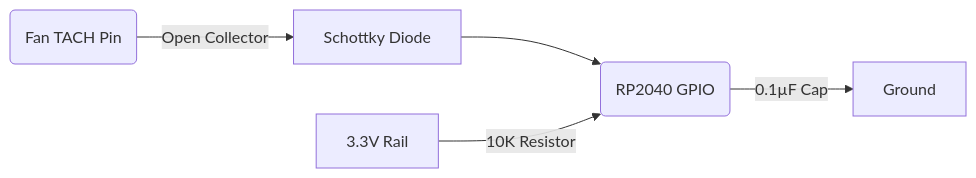
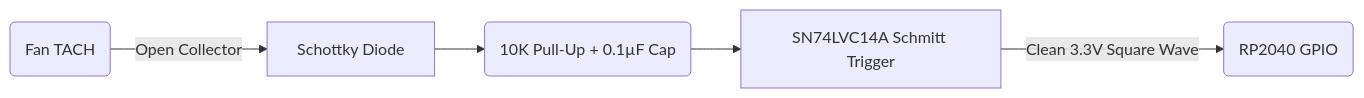
The diagram in hardware/fanbridge_link_spec.md (RoBro92/fanbridge), drawn with Mermaid before and after one commit. The commit also changed other lines of this file, not shown here.

Commit message:
docs: update TACH circuit to use Hex Schmitt-Trigger IC for hardware debouncing

````diff
--- a/hardware/fanbridge_link_spec.md
+++ b/hardware/fanbridge_link_spec.md
@@ -43,7 +45,7 @@
 ```mermaid
 graph LR
-    Fan(Fan TACH Pin) -->|Open Collector| Diode[Schottky Diode]
-    Diode --> MCU(RP2040 GPIO)
-    3V[3.3V Rail] -->|10K Resistor| MCU
-    MCU -->|0.1µF Cap| GND[Ground]
+    Fan(Fan TACH) -->|Open Collector| Diode[Schottky Diode]
+    Diode --> Filter(10K Pull-Up + 0.1µF Cap)
+    Filter --> Buffer[SN74LVC14A Schmitt Trigger]
+    Buffer -->|Clean 3.3V Square Wave| MCU(RP2040 GPIO)
 ```
````
